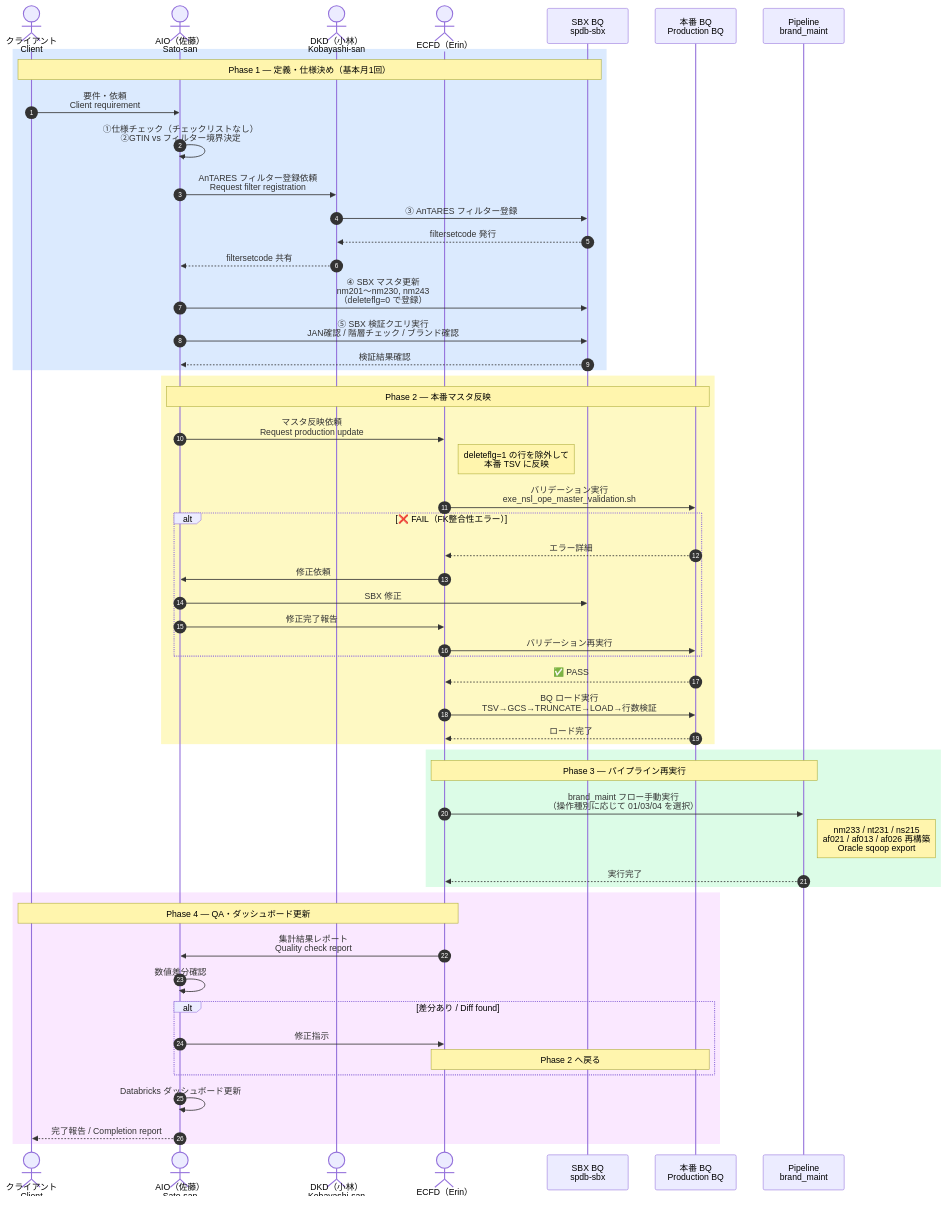
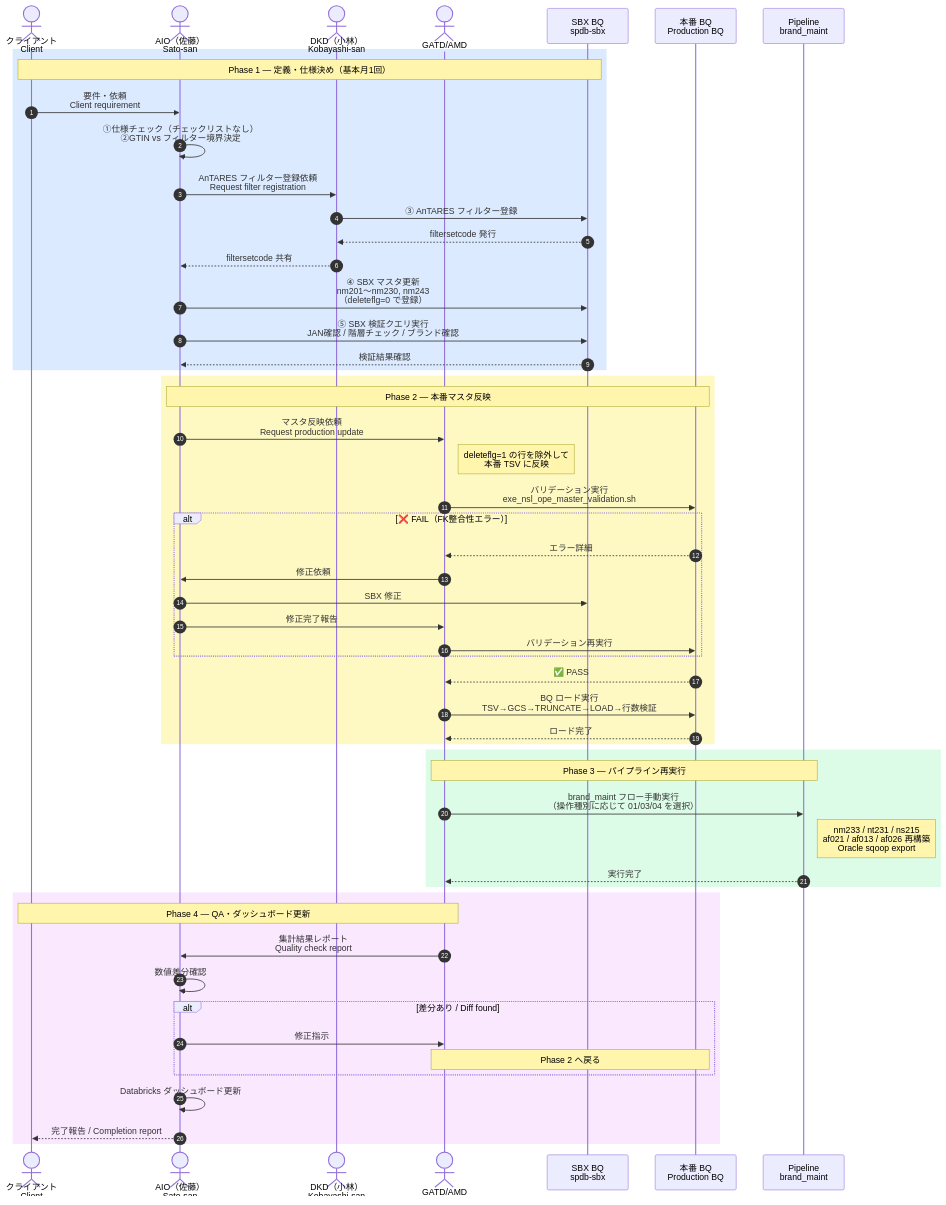
The second of 4 diagrams in ope_master_update_flowchart.md (HyonwooSong/rakuten_analytics_cm_datamart_doc), drawn with Mermaid before and after one commit. The commit also changed other lines of this file and 4 other files, not shown here.

First line of the commit message:
Remove Erin/ECFD from all docs; replace with GATD/AMD

````diff
--- a/ope_master_update_flowchart.md
+++ b/ope_master_update_flowchart.md
@@ -85,60 +85,60 @@
 ```mermaid
 sequenceDiagram
     autonumber
     actor Client as クライアント<br/>Client
     actor AIO as AIO（佐藤）<br/>Sato-san
     actor DKD as DKD（小林）<br/>Kobayashi-san
-    actor ECFD as ECFD（Erin）
+    actor GATD as GATD/AMD
     participant SBX as SBX BQ<br/>spdb-sbx
     participant PROD as 本番 BQ<br/>Production BQ
     participant PIPE as Pipeline<br/>brand_maint
 
     rect rgb(219, 234, 254)
         Note over Client,SBX: Phase 1 — 定義・仕様決め（基本月1回）
         Client->>AIO: 要件・依頼<br/>Client requirement
         AIO->>AIO: ①仕様チェック（チェックリストなし）<br/>②GTIN vs フィルター境界決定
         AIO->>DKD: AnTARES フィルター登録依頼<br/>Request filter registration
         DKD->>SBX: ③ AnTARES フィルター登録
         SBX-->>DKD: filtersetcode 発行
         DKD-->>AIO: filtersetcode 共有
         AIO->>SBX: ④ SBX マスタ更新<br/>nm201〜nm230, nm243<br/>（deleteflg=0 で登録）
         AIO->>SBX: ⑤ SBX 検証クエリ実行<br/>JAN確認 / 階層チェック / ブランド確認
         SBX-->>AIO: 検証結果確認
     end
 
     rect rgb(254, 249, 195)
         Note over AIO,PROD: Phase 2 — 本番マスタ反映
-        AIO->>ECFD: マスタ反映依頼<br/>Request production update
-        Note right of ECFD: deleteflg=1 の行を除外して<br/>本番 TSV に反映
-        ECFD->>PROD: バリデーション実行<br/>exe_nsl_ope_master_validation.sh
+        AIO->>GATD: マスタ反映依頼<br/>Request production update
+        Note right of GATD: deleteflg=1 の行を除外して<br/>本番 TSV に反映
+        GATD->>PROD: バリデーション実行<br/>exe_nsl_ope_master_validation.sh
         alt ❌ FAIL（FK整合性エラー）
-            PROD-->>ECFD: エラー詳細
-            ECFD->>AIO: 修正依頼
+            PROD-->>GATD: エラー詳細
+            GATD->>AIO: 修正依頼
             AIO->>SBX: SBX 修正
-            AIO->>ECFD: 修正完了報告
-            ECFD->>PROD: バリデーション再実行
+            AIO->>GATD: 修正完了報告
+            GATD->>PROD: バリデーション再実行
         end
-        PROD-->>ECFD: ✅ PASS
-        ECFD->>PROD: BQ ロード実行<br/>TSV→GCS→TRUNCATE→LOAD→行数検証
-        PROD-->>ECFD: ロード完了
+        PROD-->>GATD: ✅ PASS
+        GATD->>PROD: BQ ロード実行<br/>TSV→GCS→TRUNCATE→LOAD→行数検証
+        PROD-->>GATD: ロード完了
     end
 
     rect rgb(220, 252, 231)
-        Note over ECFD,PIPE: Phase 3 — パイプライン再実行
-        ECFD->>PIPE: brand_maint フロー手動実行<br/>（操作種別に応じて 01/03/04 を選択）
+        Note over GATD,PIPE: Phase 3 — パイプライン再実行
+        GATD->>PIPE: brand_maint フロー手動実行<br/>（操作種別に応じて 01/03/04 を選択）
         Note right of PIPE: nm233 / nt231 / ns215<br/>af021 / af013 / af026 再構築<br/>Oracle sqoop export
-        PIPE-->>ECFD: 実行完了
+        PIPE-->>GATD: 実行完了
     end
 
     rect rgb(250, 232, 255)
-        Note over ECFD,Client: Phase 4 — QA・ダッシュボード更新
-        ECFD->>AIO: 集計結果レポート<br/>Quality check report
+        Note over GATD,Client: Phase 4 — QA・ダッシュボード更新
+        GATD->>AIO: 集計結果レポート<br/>Quality check report
         AIO->>AIO: 数値差分確認
         alt 差分あり / Diff found
-            AIO->>ECFD: 修正指示
-            Note over ECFD,PROD: Phase 2 へ戻る
+            AIO->>GATD: 修正指示
+            Note over GATD,PROD: Phase 2 へ戻る
         end
         AIO->>AIO: Databricks ダッシュボード更新
         AIO-->>Client: 完了報告 / Completion report
     end
 ```
````
